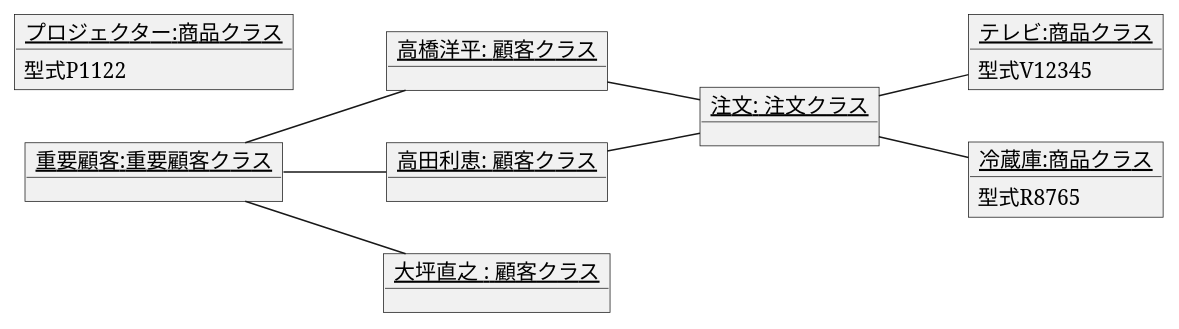
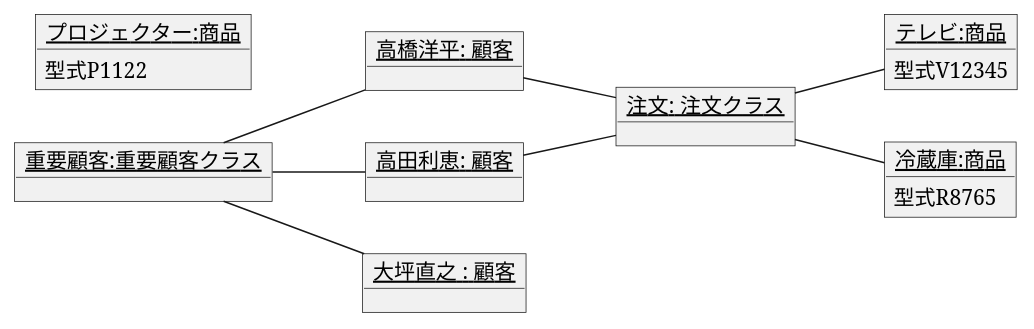
The diagram in 演習3-7_OBJ_注文のオブジェクト図.pu (itouayumu/uml-introduction-), drawn with PlantUML before and after one commit.

Commit message:
修正

```diff
--- a/演習3-7_OBJ_注文のオブジェクト図.pu
+++ b/演習3-7_OBJ_注文のオブジェクト図.pu
@@ -1,34 +1,34 @@
 @startuml
 left to right direction
-object "<u>高橋洋平: 顧客クラス</u>" as k0 {
+object "<u>高橋洋平: 顧客</u>" as k0 {
 
 }
 
 object "<u>注文: 注文クラス</u>" as k6{
 }
-object "<u>高田利恵: 顧客クラス</u>" as k1 {
+object "<u>高田利恵: 顧客</u>" as k1 {
 
 }
-object "<u>大坪直之 : 顧客クラス</u>" as k2{
+object "<u>大坪直之 : 顧客</u>" as k2{
 
 }
-object "<u>テレビ:商品クラス</u>" as k3{
+object "<u>テレビ:商品</u>" as k3{
     型式V12345   
 }
-object "<u>冷蔵庫:商品クラス</u>" as k4{   
+object "<u>冷蔵庫:商品</u>" as k4{   
     型式R8765
 }
-object "<u>プロジェクター:商品クラス</u>" as k5{   
+object "<u>プロジェクター:商品</u>" as k5{   
     型式P1122
 }
 object "<u>重要顧客:重要顧客クラス</u>" as k7{   
     
 }
 k7--k0
 k7--k1
 k7--k2
 k0--k6
 k1--k6
 k6--k3
 k6--k4
 @enduml
```
